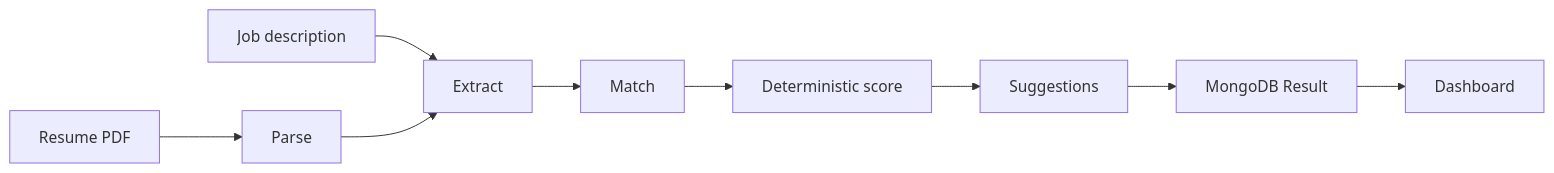
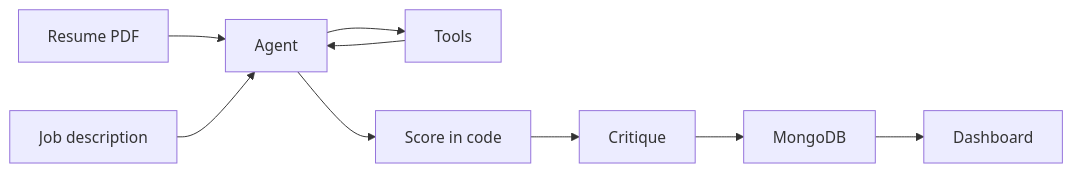
Before and after one commit to manojneupaneweb/Matchify-AI: the diagram in docs/ARCHITECTURE.md, drawn with Mermaid. The commit also changed other lines of this file and 1 other file, not shown here.

Commit message:
docs: describe the tool-calling agent and its limits

````diff
--- a/docs/ARCHITECTURE.md
+++ b/docs/ARCHITECTURE.md
@@ -15,11 +19,11 @@
 ```mermaid
 flowchart LR
-  resume[Resume PDF] --> parse[Parse]
-  jd[Job description] --> extract[Extract]
-  parse --> extract
-  extract --> match[Match]
-  match --> score[Deterministic score]
-  score --> suggest[Suggestions]
-  suggest --> store[MongoDB Result]
+  resume[Resume PDF] --> agent[Agent]
+  jd[Job description] --> agent
+  agent --> tools[Tools]
+  tools --> agent
+  agent --> score[Score in code]
+  score --> critique[Critique]
+  critique --> store[MongoDB]
   store --> dash[Dashboard]
 ```
````
